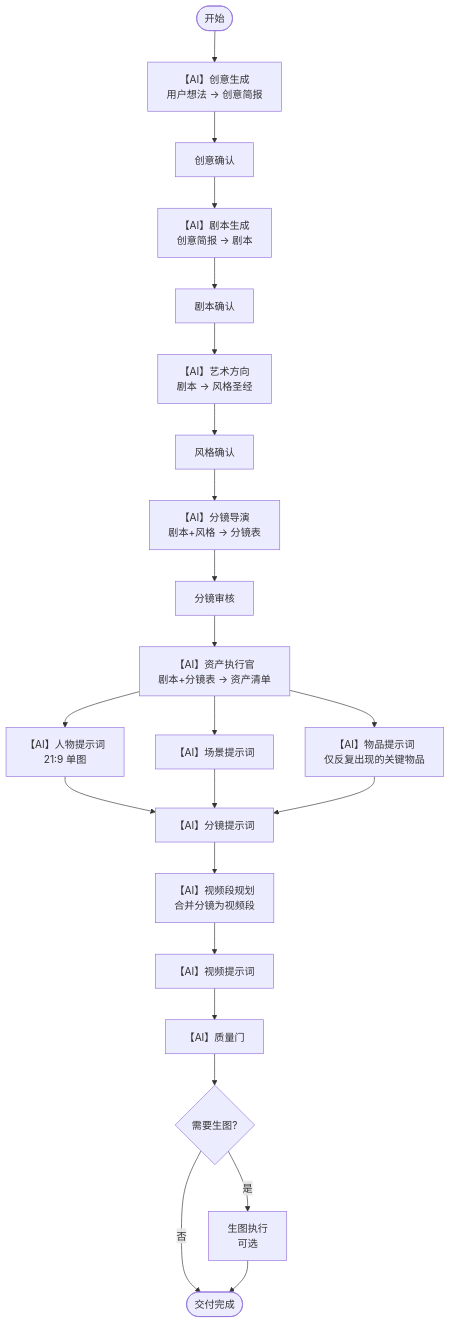
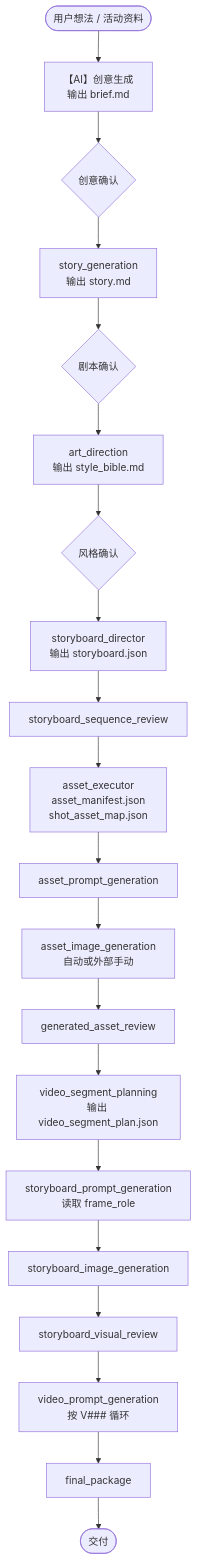
One commit to fanke52013141-cmd/creative-ad-video changed the first of 2 diagrams in PIPELINE_FLOW.md. Above: the diagram before and after it, drawn with Mermaid. The commit also changed other lines of this file, not shown here.

Commit message:
docs: make segment planning precede storyboard prompts

````diff
--- a/PIPELINE_FLOW.md
+++ b/PIPELINE_FLOW.md
@@ -10,28 +24,22 @@
 ```mermaid
 flowchart TD
-    START([开始]) --> AI1
-    AI1[【AI】创意生成<br/>用户想法 → 创意简报] --> S1
-    S1[创意确认] --> AI2
-    AI2[【AI】剧本生成<br/>创意简报 → 剧本] --> S2
-    S2[剧本确认] --> AI3
-    AI3[【AI】艺术方向<br/>剧本 → 风格圣经] --> S3
-    S3[风格确认] --> AI4
-    AI4[【AI】分镜导演<br/>剧本+风格 → 分镜表] --> S4
-    S4[分镜审核] --> AI5
-    AI5[【AI】资产执行官<br/>剧本+分镜表 → 资产清单] --> AI6
-    AI5 --> AI7
-    AI5 --> AI8
-    AI6[【AI】人物提示词<br/>21:9 单图]
-    AI7[【AI】场景提示词]
-    AI8[【AI】物品提示词<br/>仅反复出现的关键物品]
-    AI6 --> AI9[【AI】分镜提示词]
-    AI7 --> AI9
-    AI8 --> AI9
-    AI9 --> AI10[【AI】视频段规划<br/>合并分镜为视频段]
-    AI10 --> AI11[【AI】视频提示词]
-    AI11 --> AI12[【AI】质量门]
-    AI12 --> OPT{需要生图?}
-    OPT -->|是| IMG[生图执行<br/>可选]
-    OPT -->|否| END
-    IMG --> END([交付完成])
+    START([用户想法 / 活动资料]) --> IDEA[【AI】创意生成<br/>输出 brief.md]
+    IDEA --> IDEA_OK{创意确认}
+    IDEA_OK --> STORY[story_generation<br/>输出 story.md]
+    STORY --> STORY_OK{剧本确认}
+    STORY_OK --> ART[art_direction<br/>输出 style_bible.md]
+    ART --> ART_OK{风格确认}
+    ART_OK --> SB[storyboard_director<br/>输出 storyboard.json]
+    SB --> SB_REVIEW[storyboard_sequence_review]
+    SB_REVIEW --> ASSET[asset_executor<br/>asset_manifest.json<br/>shot_asset_map.json]
+    ASSET --> ASSET_PROMPT[asset_prompt_generation]
+    ASSET_PROMPT --> ASSET_IMAGE[asset_image_generation<br/>自动或外部手动]
+    ASSET_IMAGE --> ASSET_REVIEW[generated_asset_review]
+    ASSET_REVIEW --> SEGMENT[video_segment_planning<br/>输出 video_segment_plan.json]
+    SEGMENT --> SB_PROMPT[storyboard_prompt_generation<br/>读取 frame_role]
+    SB_PROMPT --> SB_IMAGE[storyboard_image_generation]
+    SB_IMAGE --> SB_VISUAL_REVIEW[storyboard_visual_review]
+    SB_VISUAL_REVIEW --> VIDEO_PROMPT[video_prompt_generation<br/>按 V### 循环]
+    VIDEO_PROMPT --> PACKAGE[final_package]
+    PACKAGE --> END([交付])
 ```
````
